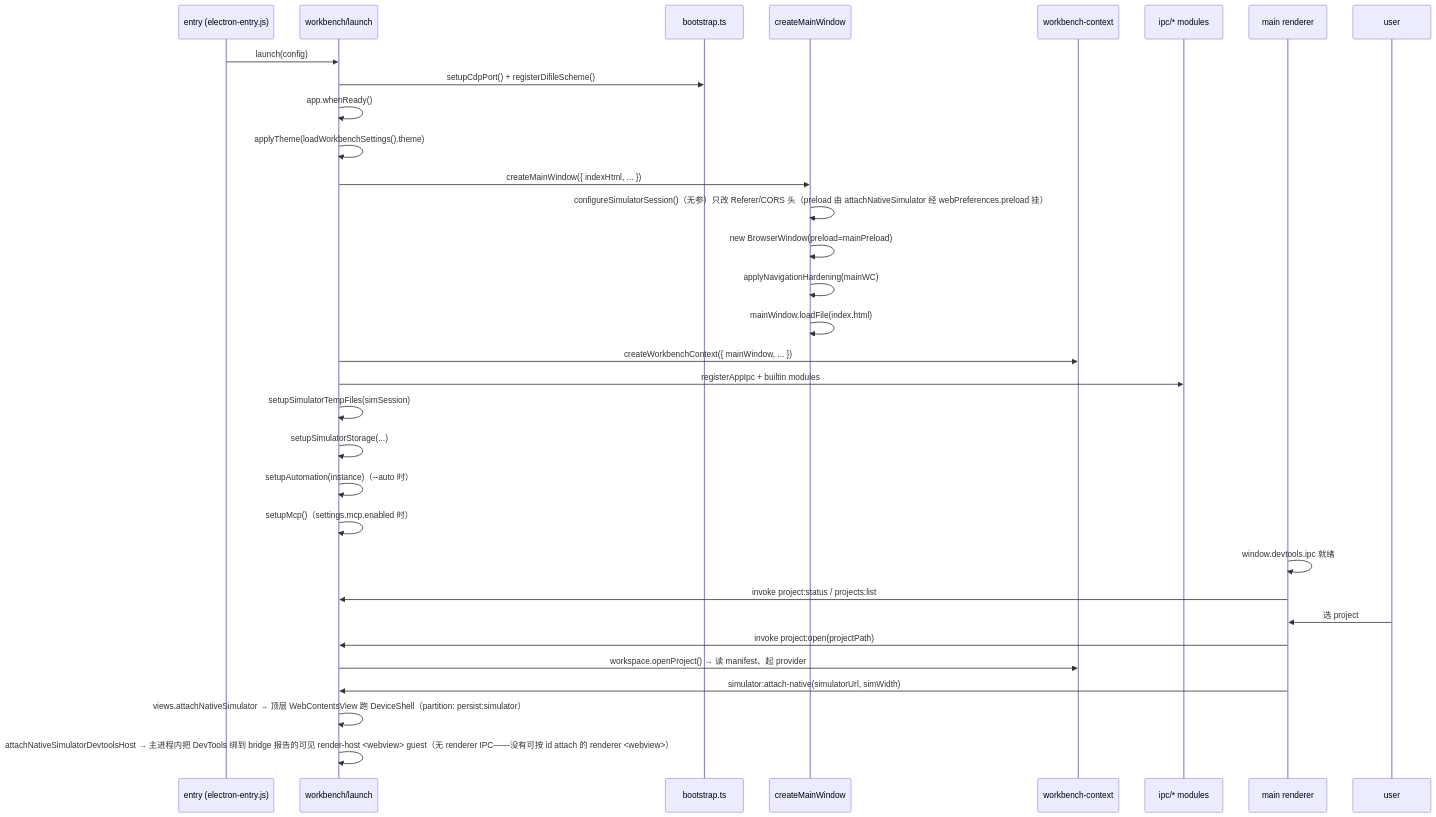
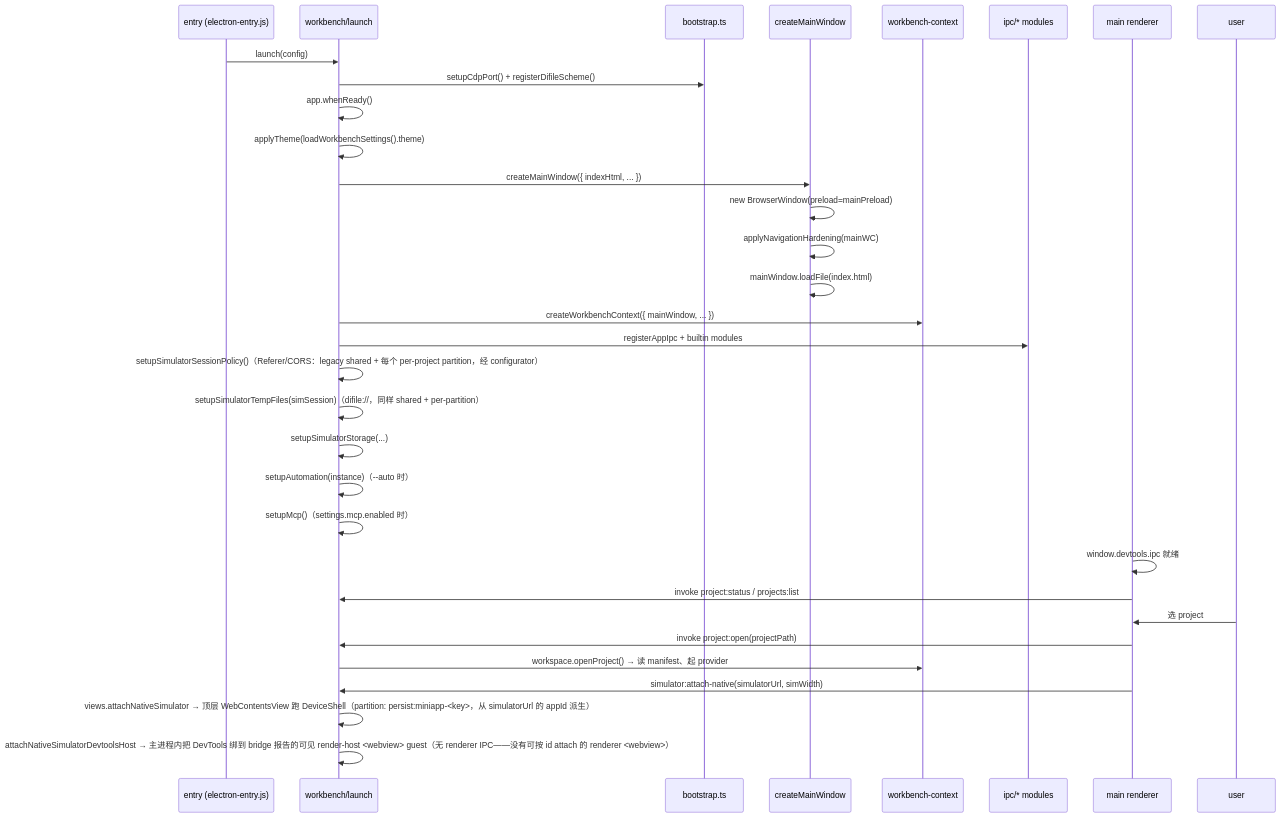
The diagram in packages/devtools/docs/electron-container.md (EchoTechFE/dimina-kit), drawn with Mermaid before and after one commit. The commit also changed other lines of this file and 92 other files, not shown here.

````diff
--- a/packages/devtools/docs/electron-container.md
+++ b/packages/devtools/docs/electron-container.md
@@ -356,35 +363,35 @@
 ```mermaid
 sequenceDiagram
   participant Entry as entry (electron-entry.js)
   participant App as workbench/launch
   participant Boot as bootstrap.ts
   participant Win as createMainWindow
   participant Ctx as workbench-context
   participant Ipc as ipc/* modules
   participant R as main renderer
   participant U as user
 
   Entry->>App: launch(config)
   App->>Boot: setupCdpPort() + registerDifileScheme()
   App->>App: app.whenReady()
   App->>App: applyTheme(loadWorkbenchSettings().theme)
   App->>Win: createMainWindow({ indexHtml, ... })
-  Win->>Win: configureSimulatorSession()（无参）只改 Referer/CORS 头（preload 由 attachNativeSimulator 经 webPreferences.preload 挂）
   Win->>Win: new BrowserWindow(preload=mainPreload)
   Win->>Win: applyNavigationHardening(mainWC)
   Win->>Win: mainWindow.loadFile(index.html)
   App->>Ctx: createWorkbenchContext({ mainWindow, ... })
   App->>Ipc: registerAppIpc + builtin modules
-  App->>App: setupSimulatorTempFiles(simSession)
+  App->>App: setupSimulatorSessionPolicy()（Referer/CORS：legacy shared + 每个 per-project partition，经 configurator）
+  App->>App: setupSimulatorTempFiles(simSession)（difile://，同样 shared + per-partition）
   App->>App: setupSimulatorStorage(...)
   App->>App: setupAutomation(instance)（--auto 时）
   App->>App: setupMcp()（settings.mcp.enabled 时）
   R->>R: window.devtools.ipc 就绪
   R->>App: invoke project:status / projects:list
   U->>R: 选 project
   R->>App: invoke project:open(projectPath)
   App->>Ctx: workspace.openProject() → 读 manifest、起 provider
   R->>App: simulator:attach-native(simulatorUrl, simWidth)
-  App->>App: views.attachNativeSimulator → 顶层 WebContentsView 跑 DeviceShell（partition: persist:simulator）
+  App->>App: views.attachNativeSimulator → 顶层 WebContentsView 跑 DeviceShell（partition: persist:miniapp-<key>，从 simulatorUrl 的 appId 派生）
   App->>App: attachNativeSimulatorDevtoolsHost → 主进程内把 DevTools 绑到 bridge 报告的可见 render-host <webview> guest（无 renderer IPC——没有可按 id attach 的 renderer <webview>）
 ```
````
